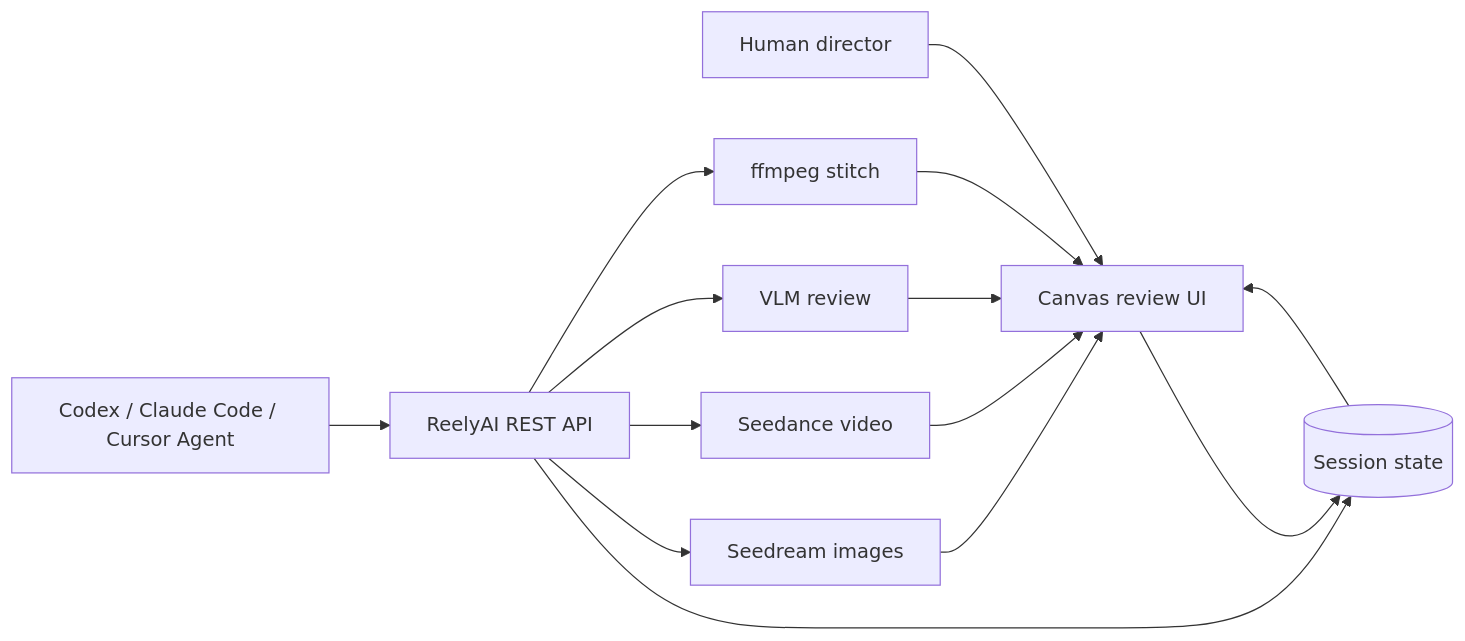
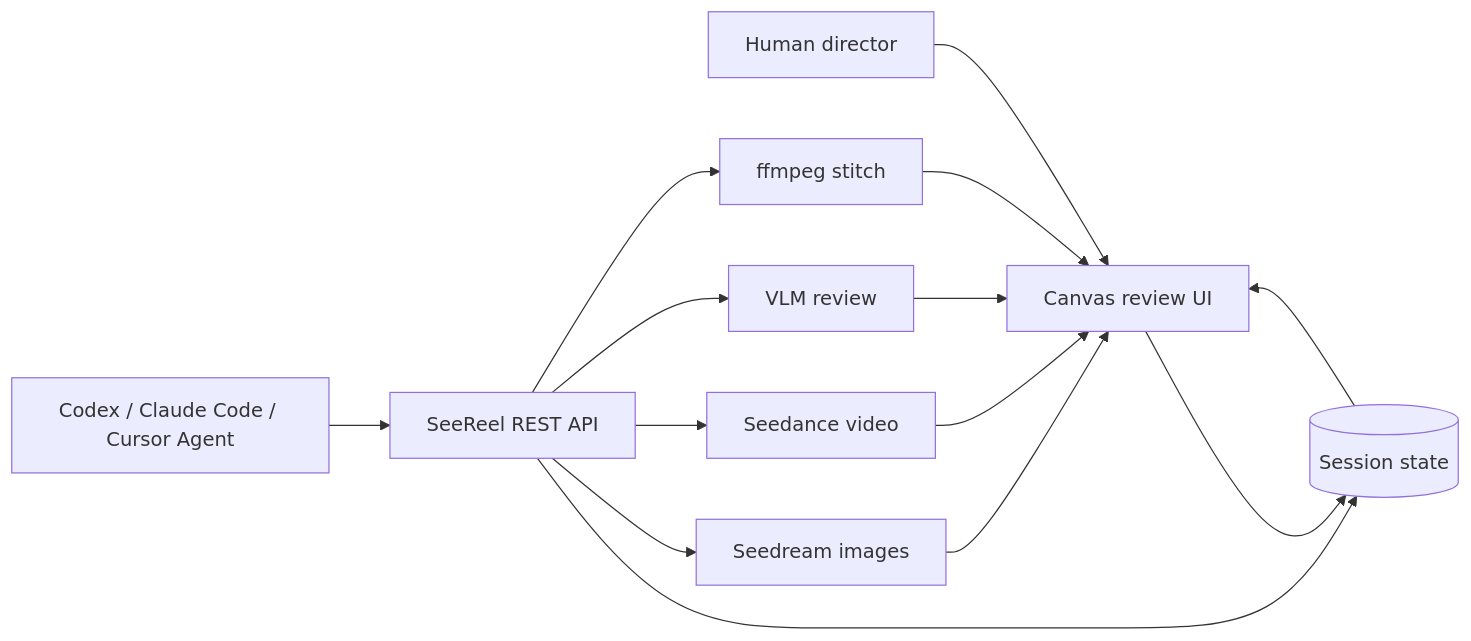
The diagram in README.md (feifeibear/SeeReel), drawn with Mermaid before and after one commit. The commit also changed other lines of this file and 66 other files, not shown here.

Commit message:
Rename project to SeeReel

````diff
--- a/README.md
+++ b/README.md
@@ -133,16 +133,16 @@
 ```mermaid
 flowchart LR
   Human[Human director] --> UI[Canvas review UI]
-  Agent[Codex / Claude Code / Cursor Agent] --> API[ReelyAI REST API]
+  Agent[Codex / Claude Code / Cursor Agent] --> API[SeeReel REST API]
   UI --> Store[(Session state)]
   API --> Store
   API --> Seedream[Seedream images]
   API --> Seedance[Seedance video]
   API --> VLM[VLM review]
   API --> Stitch[ffmpeg stitch]
   Store --> UI
   Seedream --> UI
   Seedance --> UI
   VLM --> UI
   Stitch --> UI
 ```
````
